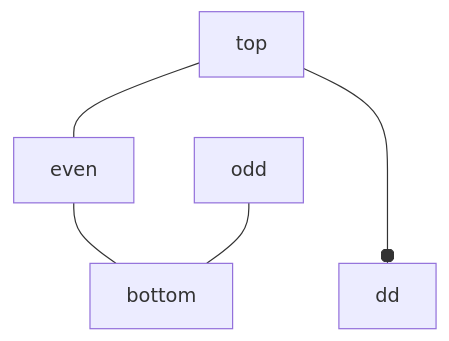
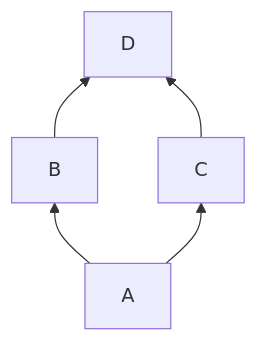
Before and after one commit to FZhg/cfg-parity-analysis: the diagram in README.md, drawn with Mermaid.

Commit message:
check diagram generator

````diff
--- a/README.md
+++ b/README.md
@@ -11,7 +11,7 @@
 ```mermaid
-  graph TD;
-  top---even;
-  top---odd;
-  even---bottom;
-  odd---bottom;
+graph BT;
+    A-->B;
+    A-->C;
+    B-->D;
+    C-->D;
 ```
````
